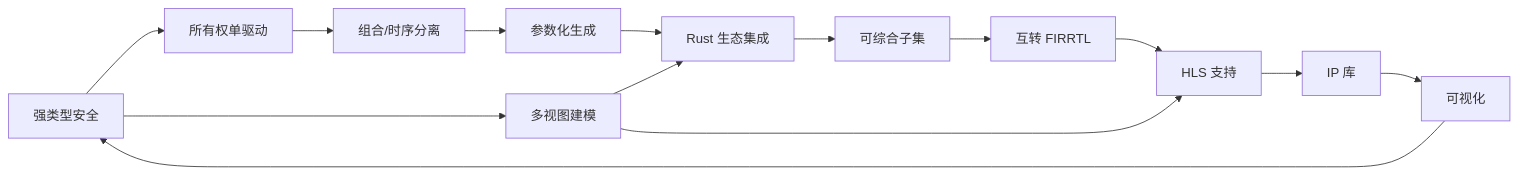
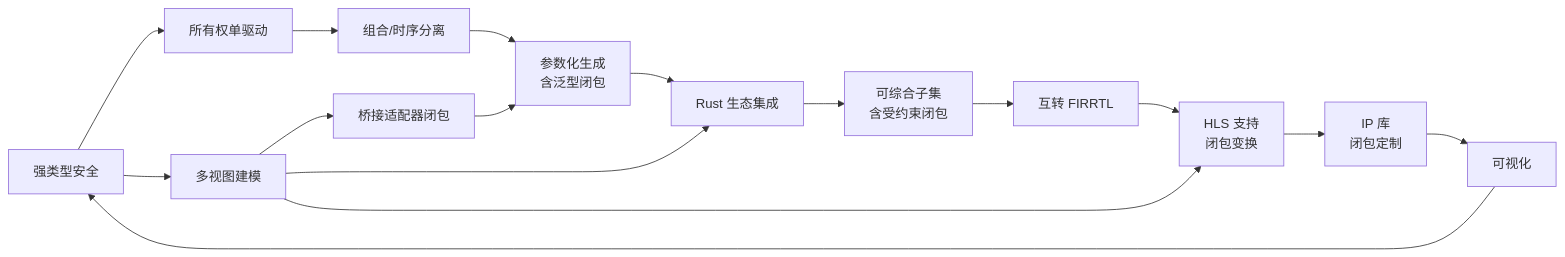
Before and after one commit to TangCan/bitloom: diagram 25 of 25 in docs/requirements/2. 设计目标.md, drawn with Mermaid. The commit also changed other lines of this file and 17 other files, not shown here.

````diff
--- a/docs/requirements/2. 设计目标.md
+++ b/docs/requirements/2. 设计目标.md
@@ -524,17 +547,18 @@
 ```mermaid
 flowchart LR
     A[强类型安全] --> B[所有权单驱动]
     B --> C[组合/时序分离]
-    C --> D[参数化生成]
+    C --> D[参数化生成<br>含泛型闭包]
     D --> E[Rust 生态集成]
-    E --> F[可综合子集]
+    E --> F[可综合子集<br>含受约束闭包]
     F --> G[互转 FIRRTL]
-    G --> H[HLS 支持]
-    H --> I[IP 库]
+    G --> H[HLS 支持<br>闭包变换]
+    H --> I[IP 库<br>闭包定制]
     I --> J[可视化]
     J --> A
     A --> K[多视图建模]
     K --> E
     K --> H
-
+    K --> L[桥接适配器闭包]
+    L --> D
 ```
````
